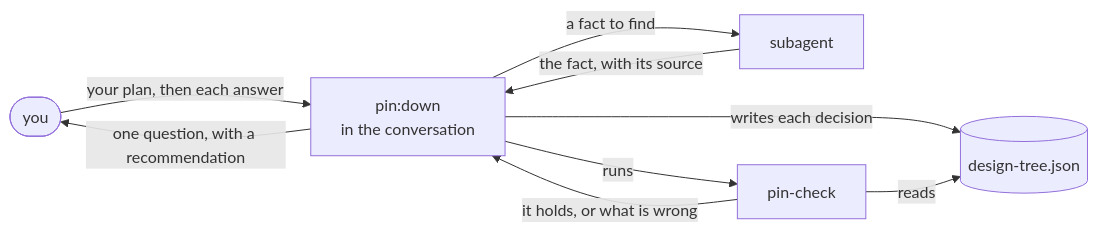
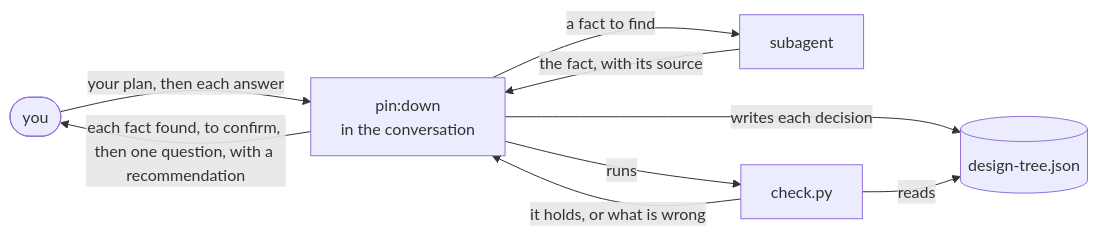
One commit to lovaizu/ccpm changed the diagram in plugins/pin/README.md. Above: the diagram before and after it, drawn with Mermaid. The commit also changed other lines of this file and 2 other files, not shown here.

First line of the commit message:
pin: the check script in scripts/, in one form across versions; each fact shown as it is found; a caller's role runs pin:down itself

````diff
--- a/plugins/pin/README.md
+++ b/plugins/pin/README.md
@@ -134,11 +144,11 @@
 ```mermaid
 flowchart LR
   P([you]) -- "your plan, then each answer" --> D["pin:down<br>in the conversation"]
-  D -- "one question, with a recommendation" --> P
+  D -- "each fact found, to confirm, then one question, with a recommendation" --> P
   D -- "a fact to find" --> R["subagent"]
   R -- "the fact, with its source" --> D
   D -- "writes each decision" --> T[("design-tree.json")]
-  D -- "runs" --> C["pin-check"]
+  D -- "runs" --> C["check.py"]
   C -- "reads" --> T
   C -- "it holds, or what is wrong" --> D
 ```
````
